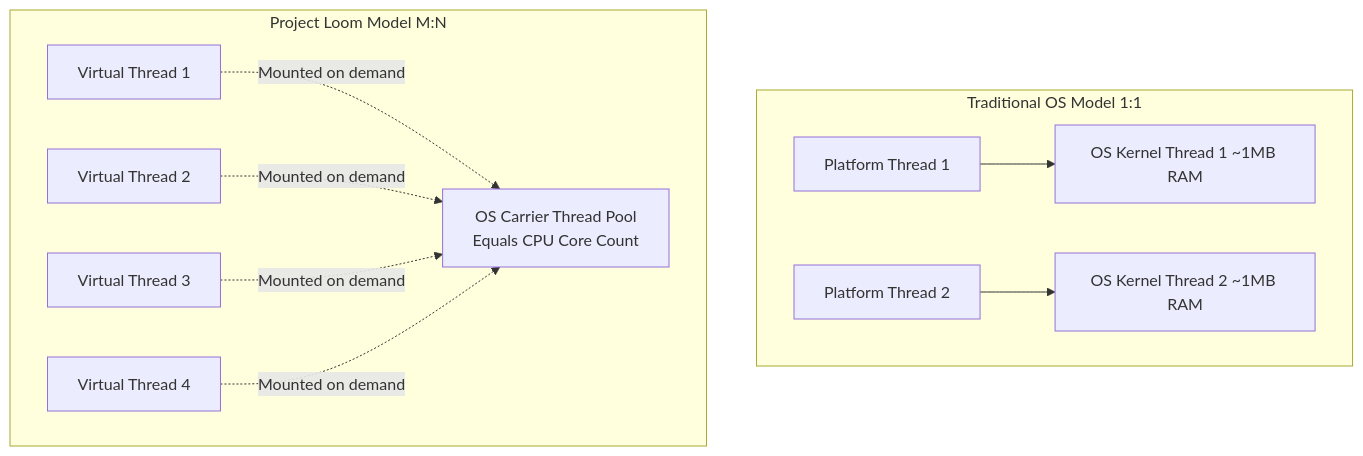
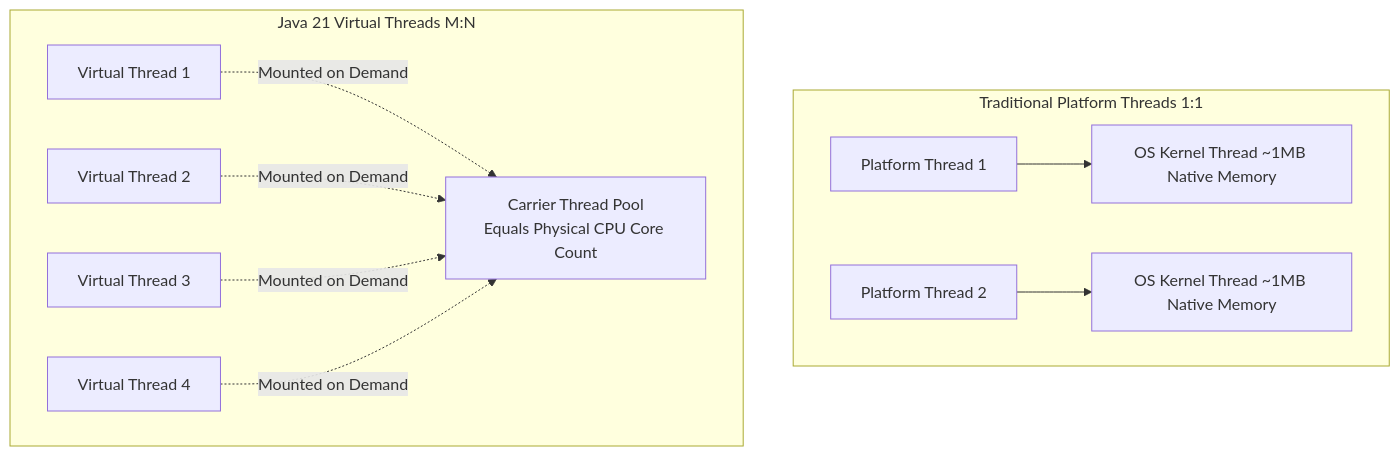
Before and after one commit to weaponxwolf/backend-engineering-mastry: the fifth of 8 diagrams in docs/java/concurrency-jvm.mdx, drawn with Mermaid. The commit also changed other lines of this file and 14 other files, not shown here.

Commit message:
docs: refactor and expand JPA and Hibernate architecture guide with physical memory and performance insights

````diff
--- a/docs/java/concurrency-jvm.mdx
+++ b/docs/java/concurrency-jvm.mdx
@@ -160,15 +229,15 @@
 ```mermaid
 graph TD
-    subgraph Platform Threads [Traditional OS Model 1:1]
-        PT1[Platform Thread 1] --> KT1[OS Kernel Thread 1 ~1MB RAM]
-        PT2[Platform Thread 2] --> KT2[OS Kernel Thread 2 ~1MB RAM]
+    subgraph TraditionalPlatform [Traditional Platform Threads 1:1]
+        PT1[Platform Thread 1] --> KT1[OS Kernel Thread ~1MB Native Memory]
+        PT2[Platform Thread 2] --> KT2[OS Kernel Thread ~1MB Native Memory]
     end
 
-    subgraph Virtual Threads [Project Loom Model M:N]
+    subgraph ProjectLoom [Java 21 Virtual Threads M:N]
         VT1[Virtual Thread 1]
         VT2[Virtual Thread 2]
         VT3[Virtual Thread 3]
         VT4[Virtual Thread 4]
-        VT1 & VT2 & VT3 & VT4 -.->|Mounted on demand| Carrier[OS Carrier Thread Pool<br/>Equals CPU Core Count]
+        VT1 & VT2 & VT3 & VT4 -.->|Mounted on Demand| Carrier[Carrier Thread Pool<br/>Equals Physical CPU Core Count]
     end
 ```
````
